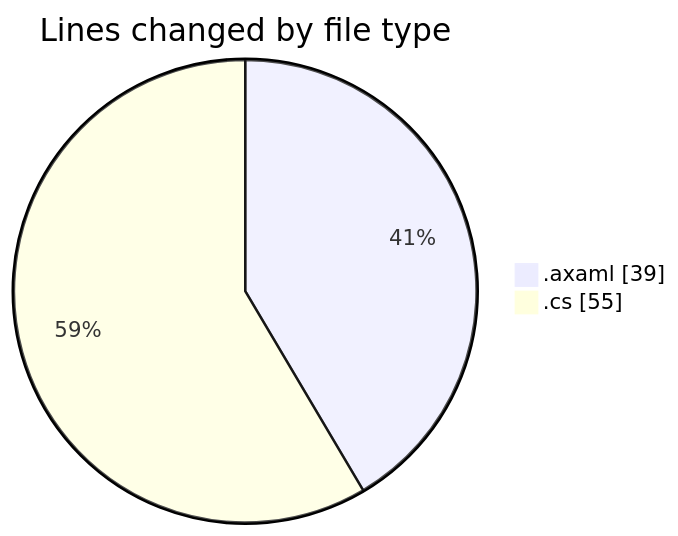
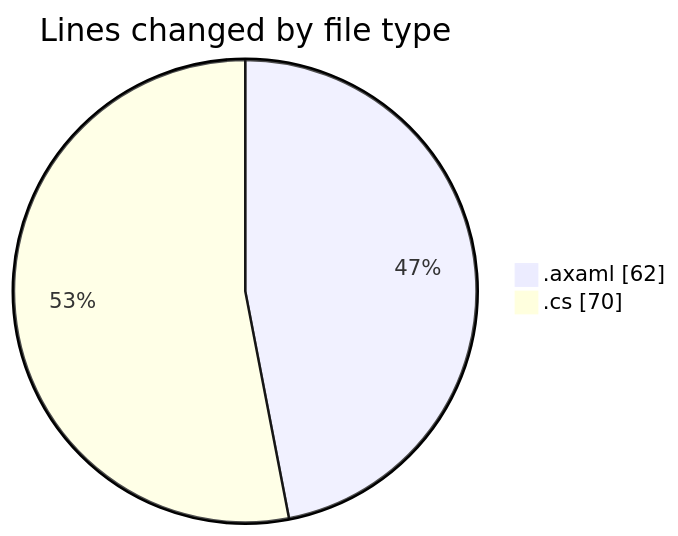
One commit to Netris89/code-tracking changed the first of 2 diagrams in 2025-10-16/skintrack/README.md. Above: the diagram before and after it, drawn with Mermaid. The commit also changed other lines of this file and 1 other file, not shown here.

````diff
--- a/2025-10-16/skintrack/README.md
+++ b/2025-10-16/skintrack/README.md
@@ -24,6 +24,6 @@
 ```mermaid
 pie showData
 title Lines changed by file type
-".axaml" : 39
-".cs" : 55
+".axaml" : 62
+".cs" : 70
 ```
````
